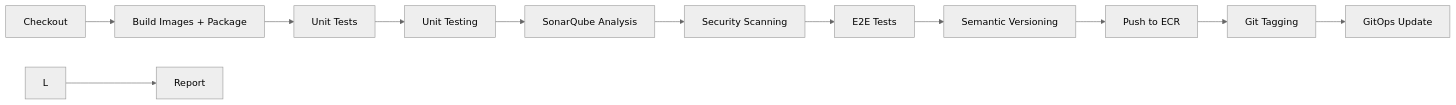
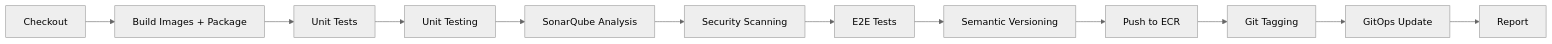
One commit to AndiShobash/GameCon changed the diagram in gamecon-app-main/README.md. Above: the diagram before and after it, drawn with Mermaid (neutral theme).

````diff
--- a/gamecon-app-main/README.md
+++ b/gamecon-app-main/README.md
@@ -165,14 +165,14 @@
 ```mermaid
 graph LR
     A[Checkout] --> B[Build Images + Package]
     B --> C[Unit Tests]
     C --> D[Unit Testing]
     D --> E[SonarQube Analysis]
     E --> F[Security Scanning]
     F --> G[E2E Tests]
     G --> H[Semantic Versioning]
     H --> I[Push to ECR]
     I --> J[Git Tagging]
     J --> K[GitOps Update]
-    L --> M[Report]
+    K --> M[Report]
 ```
````
